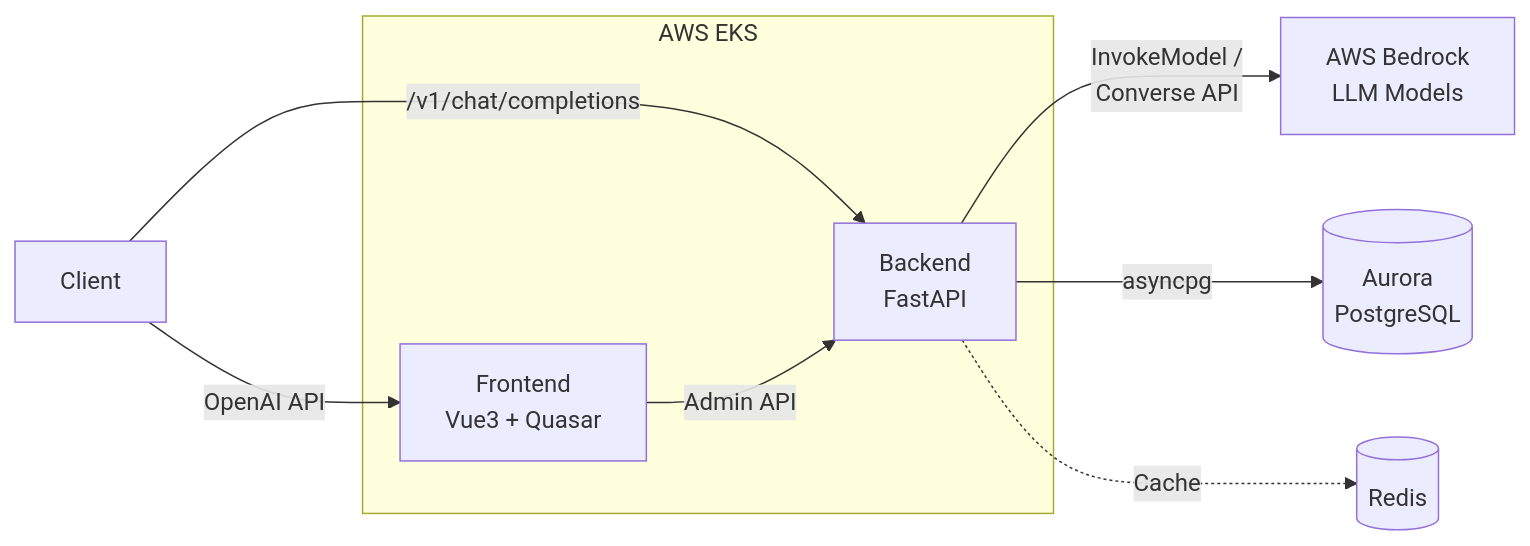
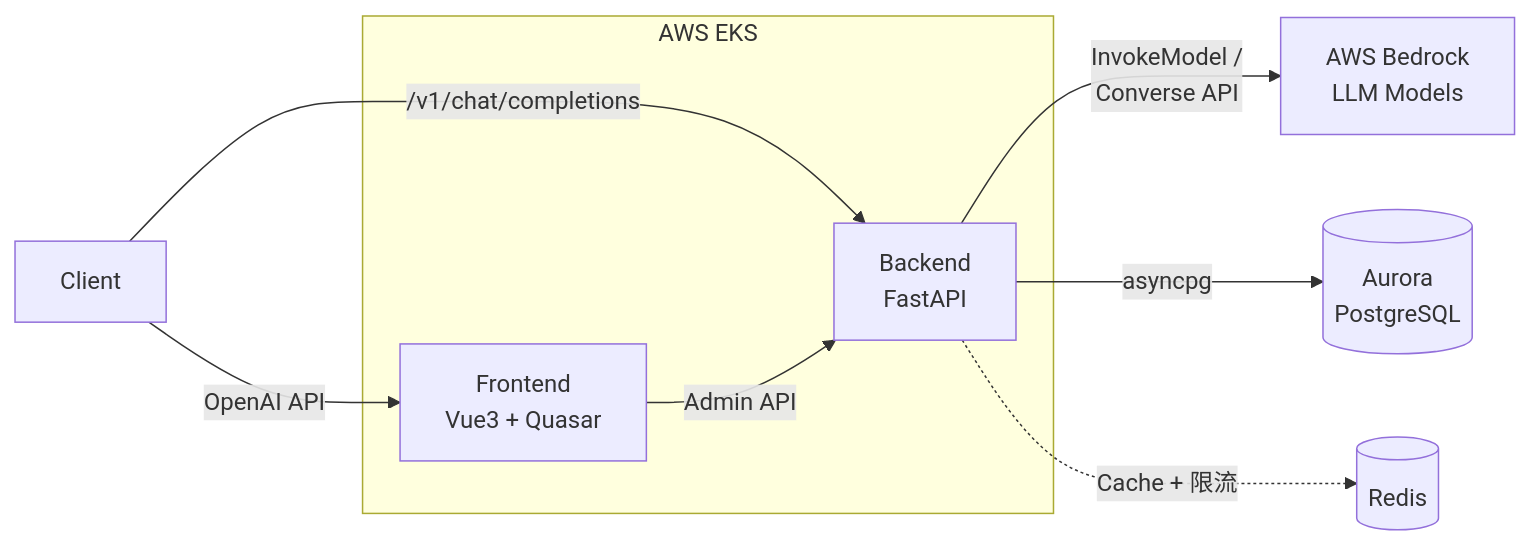
One commit to aws-samples/sample-kolya-br-proxy changed the diagram in README.zh.md. Above: the diagram before and after it, drawn with Mermaid. The commit also changed other lines of this file and 41 other files, not shown here.

````diff
--- a/README.zh.md
+++ b/README.zh.md
@@ -29,13 +76,13 @@
 ```mermaid
 graph LR
     Client -->|OpenAI API| Frontend[Frontend<br/>Vue3 + Quasar]
     Client -->|/v1/chat/completions| Backend[Backend<br/>FastAPI]
     Frontend -->|Admin API| Backend
     Backend -->|InvokeModel /<br/>Converse API| Bedrock[AWS Bedrock<br/>LLM Models]
     Backend -->|asyncpg| PostgreSQL[(Aurora<br/>PostgreSQL)]
-    Backend -.->|Cache| Redis[(Redis)]
+    Backend -.->|Cache + 限流| Redis[(Redis)]
     subgraph AWS EKS
         Frontend
         Backend
     end
 ```
````
